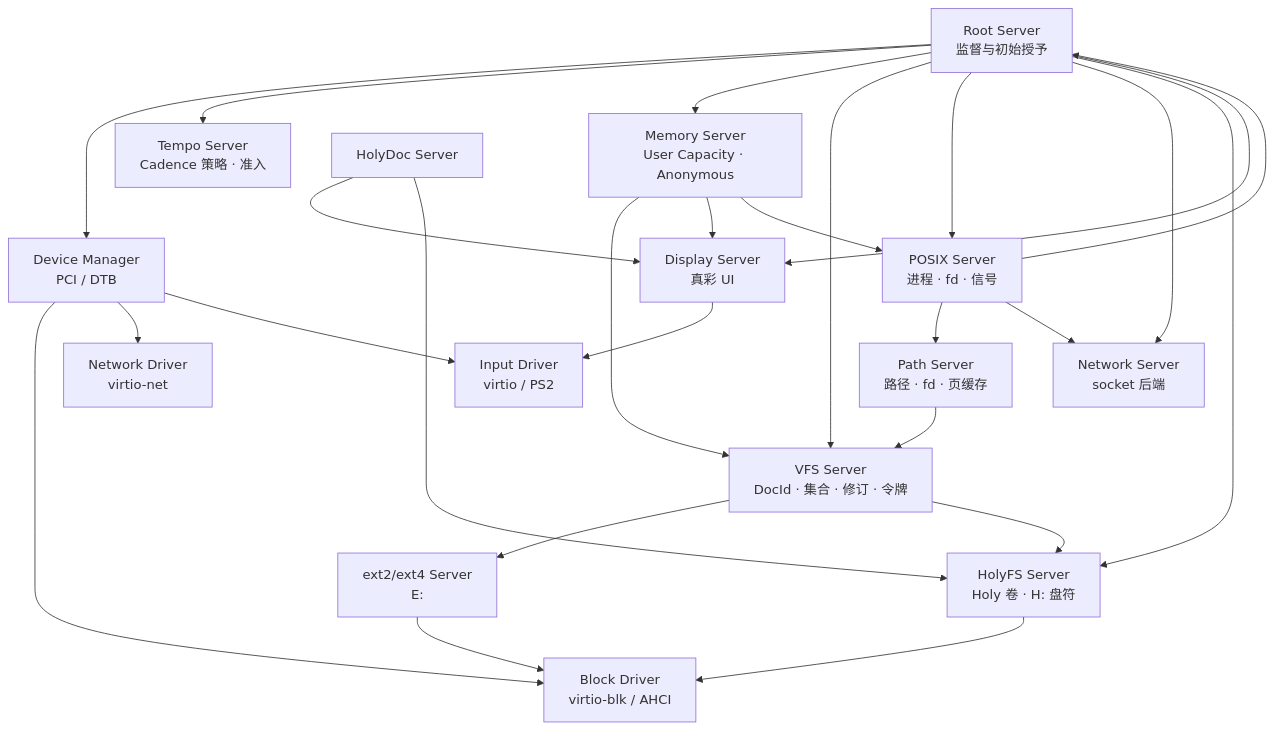
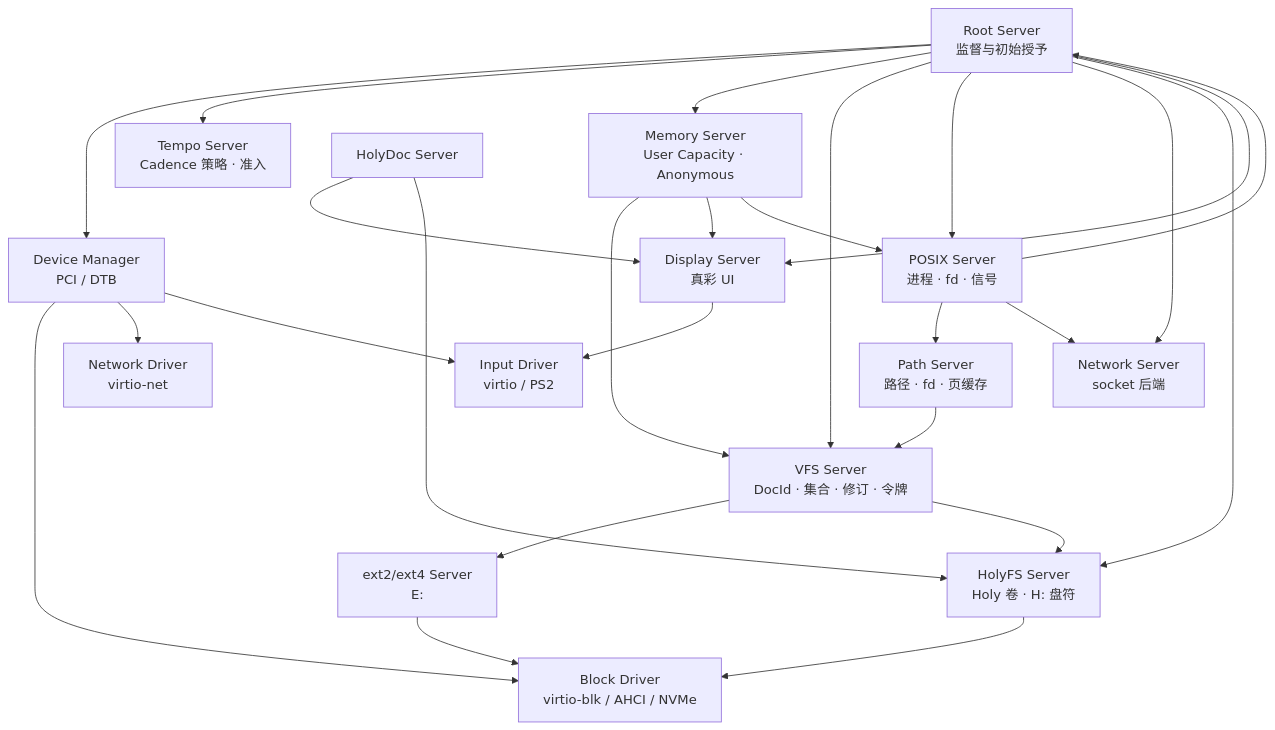
Before and after one commit to hongweifei/HolyKernel: the first of 2 diagrams in docs/servers.md, drawn with Mermaid. The commit also changed other lines of this file and 14 other files, not shown here.

````diff
--- a/docs/servers.md
+++ b/docs/servers.md
@@ -11,44 +11,44 @@
 ```mermaid
 flowchart TB
     Root["Root Server<br/>监督与初始授予"]
     Tempo["Tempo Server<br/>Cadence 策略 · 准入"]
     Mem["Memory Server<br/>User Capacity · Anonymous"]
     DM["Device Manager<br/>PCI / DTB"]
-    Blk["Block Driver<br/>virtio-blk / AHCI"]
+    Blk["Block Driver<br/>virtio-blk / AHCI / NVMe"]
     Net["Network Driver<br/>virtio-net"]
     Input["Input Driver<br/>virtio / PS2"]
     VFS["VFS Server<br/>DocId · 集合 · 修订 · 令牌"]
     Path["Path Server<br/>路径 · fd · 页缓存"]
     Ext2["ext2/ext4 Server<br/>E:"]
     POSIX["POSIX Server<br/>进程 · fd · 信号"]
     NetSrv["Network Server<br/>socket 后端"]
     HolyFS["HolyFS Server<br/>Holy 卷 · H: 盘符"]
     Display["Display Server<br/>真彩 UI"]
     HolyDoc["HolyDoc Server"]
 
     Root --> DM
     Root --> Tempo
     Root --> Mem
     Mem --> VFS
     Mem --> Display
     Mem --> POSIX
     Root --> VFS
     Root --> POSIX
     Root --> NetSrv
     Root --> HolyFS
     Root --> Display
     DM --> Blk
     DM --> Net
     DM --> Input
     Path --> VFS
     VFS --> Ext2
     VFS --> HolyFS
     Ext2 --> Blk
     HolyFS --> Blk
     POSIX --> Path
     POSIX --> NetSrv
     POSIX --> Root
     Display --> Input
     HolyDoc --> Display
     HolyDoc --> HolyFS
 ```
````
